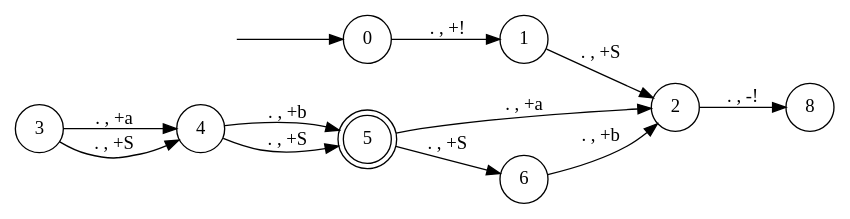
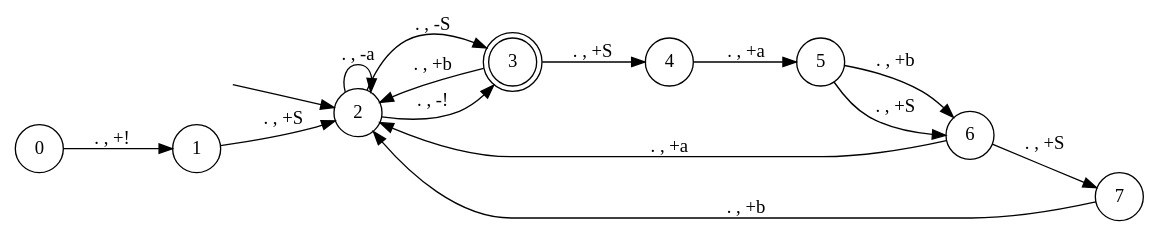
The diagram in test_1.gv (tsubaric/ToC), drawn with Graphviz before and after one commit. The commit also changed 2 other files, not shown here.

```diff
--- a/test_1.gv
+++ b/test_1.gv
@@ -1,18 +1,21 @@
 digraph pda {
 rankdir = LR;
 hidden [shape = plaintext, label = ""];
 node [shape = doublecircle];
-5;
+3;
 node [shape = circle];
-hidden -> 0;
+hidden -> 2;
 0 -> 1 [label = ". , +!"];
 1 -> 2 [label = ". , +S"];
-2 -> 8 [label = ". , -!"];
-3 -> 4 [label = ". , +a"];
+2 -> 2 [label = ". , -a"];
+2 -> 3 [label = ". , -!"];
+2 -> 3 [label = ". , -S"];
+3 -> 2 [label = ". , +b"];
 3 -> 4 [label = ". , +S"];
-4 -> 5 [label = ". , +b"];
-4 -> 5 [label = ". , +S"];
-5 -> 2 [label = ". , +a"];
+4 -> 5 [label = ". , +a"];
+5 -> 6 [label = ". , +b"];
 5 -> 6 [label = ". , +S"];
-6 -> 2 [label = ". , +b"];
+6 -> 2 [label = ". , +a"];
+6 -> 7 [label = ". , +S"];
+7 -> 2 [label = ". , +b"];
 }
```
